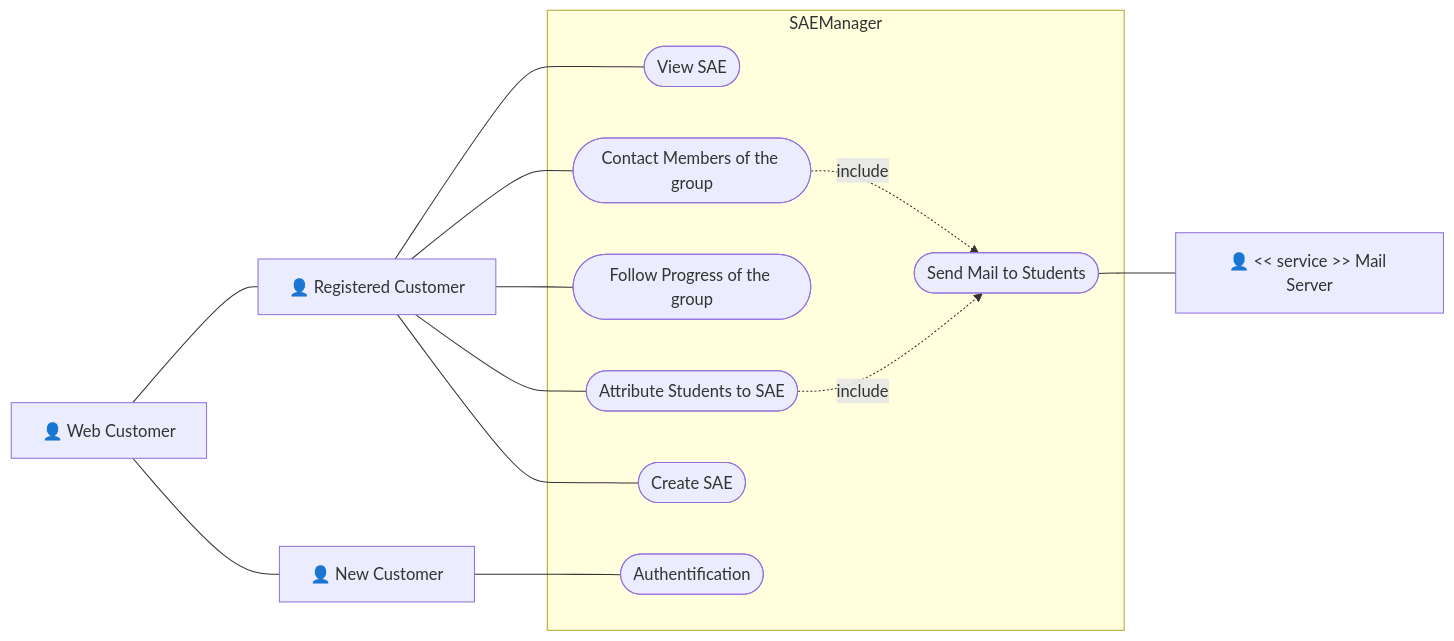
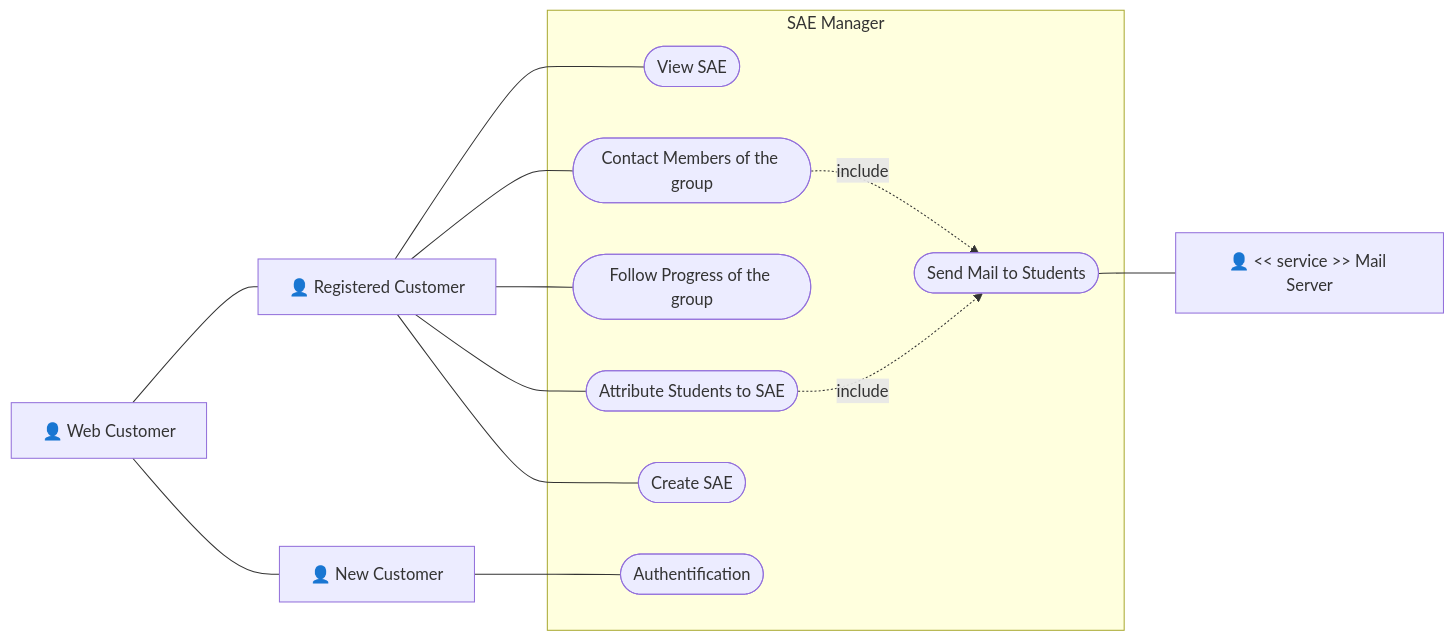
The diagram in README.md (RADJOU-Dinesh-24003262/SAEManager), drawn with Mermaid before and after one commit. The commit also changed other lines of this file and 25 other files, not shown here.

````diff
--- a/README.md
+++ b/README.md
@@ -79,33 +79,33 @@
 ``` mermaid
 flowchart LR
   rW["👤 Web Customer"]:::role
   rR["👤 Registered Customer"]:::role
   rN["👤 New Customer"]:::role
   rM["👤 << service >> Mail Server"]:::role
 
-  subgraph S["SAEManager"]
+  subgraph S["SAE Manager"]
     ucVS([View SAE])
     ucCM([Contact Members of the group])
     ucFP([Follow Progress of the group])
     ucAS([Attribute Students to SAE])
     ucCS([Create SAE])
     ucA([Authentification])
     ucSM([Send Mail to Students])
     ucCM -. include .-> ucSM
     ucAS -. include .-> ucSM
 
   end
   
 
   rW --- rR
   rW --- rN
   rR --- ucVS
   rR --- ucCM
   rR --- ucFP
   rR --- ucAS
   rR --- ucCS
 
   rN --- ucA
 
   ucSM --- rM
 ``` 
````
